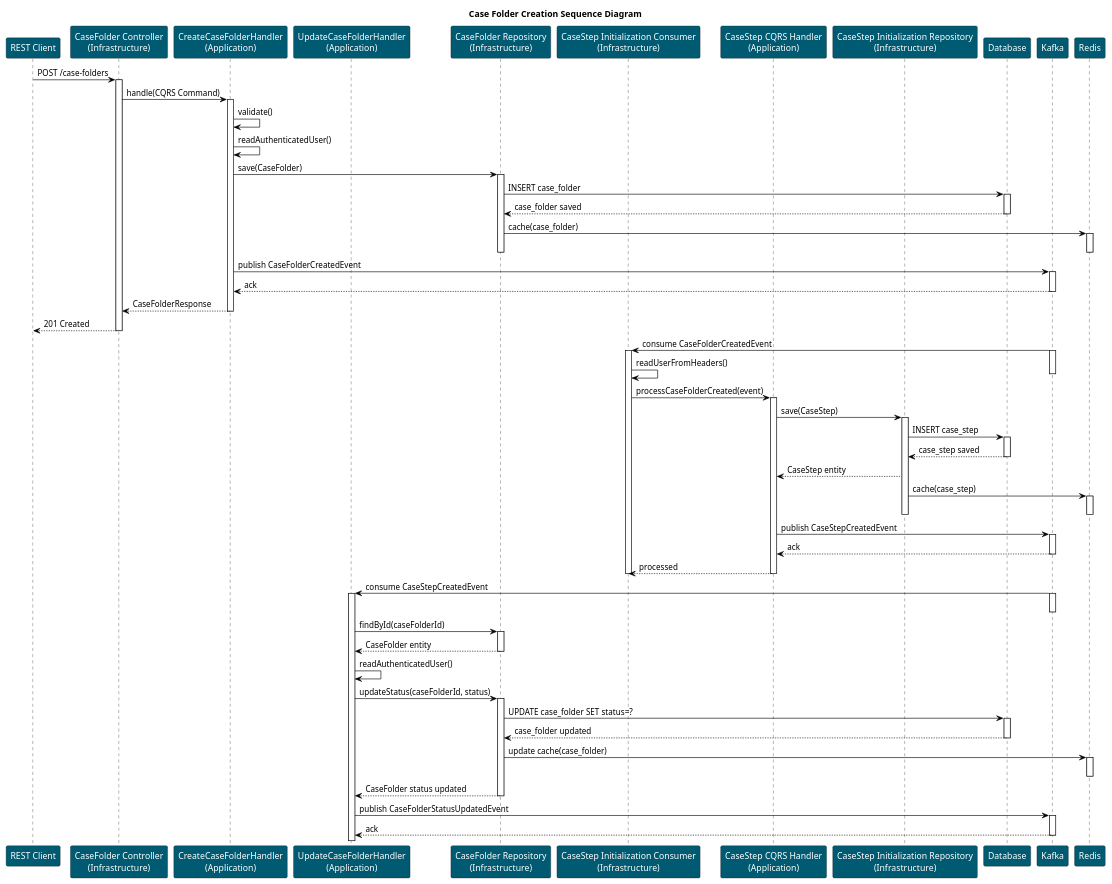
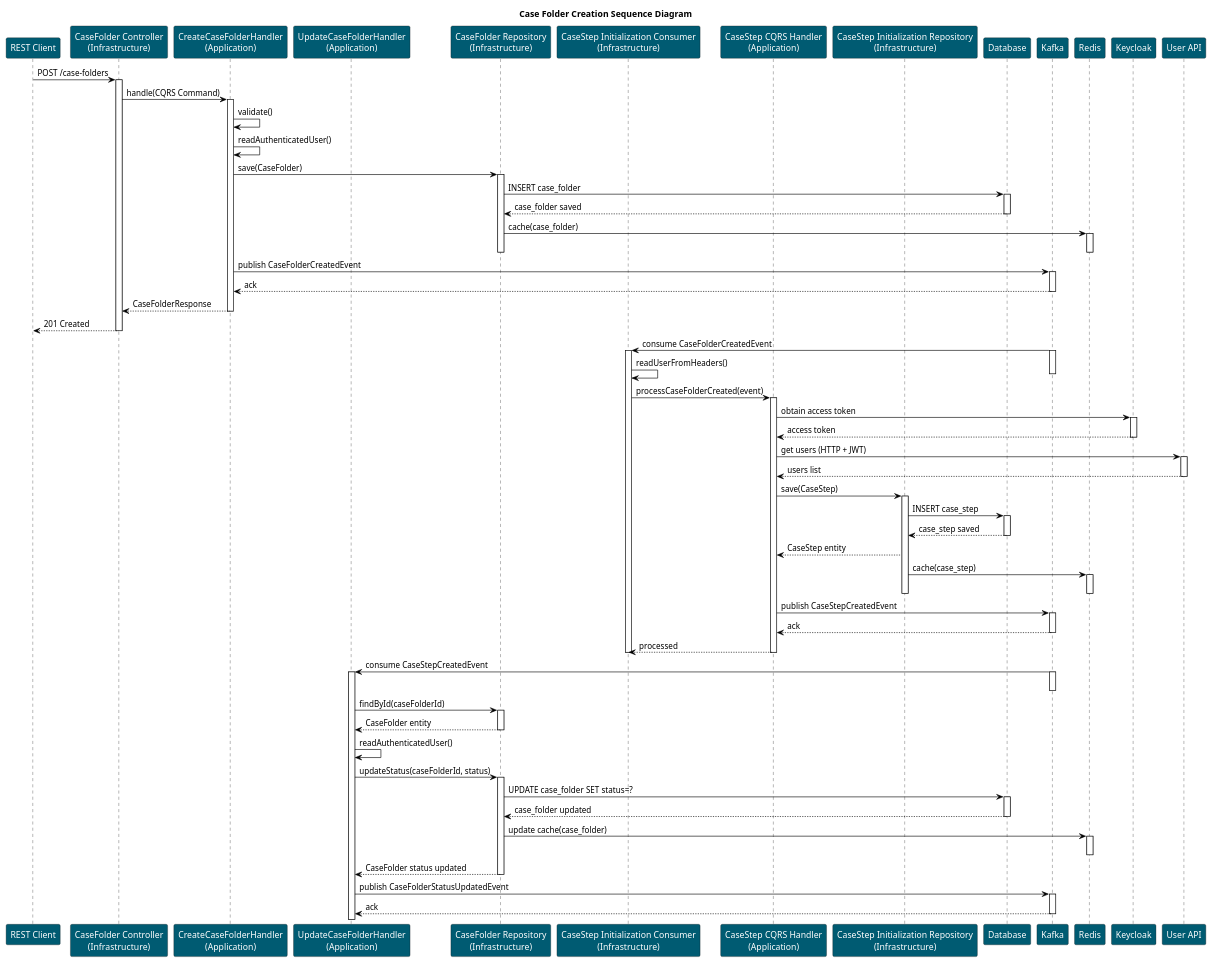
Before and after one commit to labcabrera/archetype-spring-cloud-stream-vertical-slice-contract-first: the diagram in diagrams/case-folder-creation-diagram.plantuml, drawn with PlantUML. The commit also changed 2 other files, not shown here.

```diff
--- a/diagrams/case-folder-creation-diagram.plantuml
+++ b/diagrams/case-folder-creation-diagram.plantuml
@@ -1,109 +1,120 @@
 @startuml Case Folder Creation Sequence Diagram
 title Case Folder Creation Sequence Diagram
 
 skinparam ParticipantBackgroundColor #005b72
 skinparam ParticipantFontColor #ffffff
 skinparam ArrowColor #000000
 
 participant "REST Client" as Client
 participant "CaseFolder Controller\n(Infrastructure)" as CaseFolderController
 participant "CreateCaseFolderHandler\n(Application)" as CreateCaseFolderHandler
 participant "UpdateCaseFolderHandler\n(Application)" as UpdateCaseFolderHandler
 participant "CaseFolder Repository\n(Infrastructure)" as CaseFolderRepository
 participant "CaseStep Initialization Consumer\n(Infrastructure)" as CaseStepConsumer
-participant "CaseStep CQRS Handler\n(Application)" as ConfService
+participant "CaseStep CQRS Handler\n(Application)" as CaseStepHandler
 participant "CaseStep Initialization Repository\n(Infrastructure)" as CaseStepRepository
 participant "Database" as DB
 participant "Kafka" as Kafka
 participant "Redis" as Redis
+participant "Keycloak" as Keycloak
+participant "User API" as UserAPI
 
 Client -> CaseFolderController: POST /case-folders
 activate CaseFolderController
 
 ' Case folder creation
 CaseFolderController -> CreateCaseFolderHandler: handle(CQRS Command)
 activate CreateCaseFolderHandler
 CreateCaseFolderHandler -> CreateCaseFolderHandler: validate()
 CreateCaseFolderHandler -> CreateCaseFolderHandler: readAuthenticatedUser()
 CreateCaseFolderHandler -> CaseFolderRepository: save(CaseFolder)
 activate CaseFolderRepository
 CaseFolderRepository -> DB: INSERT case_folder
 activate DB
 DB --> CaseFolderRepository: case_folder saved
 deactivate DB
 CaseFolderRepository -> Redis: cache(case_folder)
 activate Redis
 deactivate Redis
 
 ' CaseFolderRepository --> CaseFolderHandler: CaseFolder entity
 deactivate CaseFolderRepository
 
 CreateCaseFolderHandler -> Kafka: publish CaseFolderCreatedEvent
 activate Kafka
 Kafka --> CreateCaseFolderHandler: ack
 deactivate Kafka
 
 CreateCaseFolderHandler --> CaseFolderController: CaseFolderResponse
 deactivate CreateCaseFolderHandler
 CaseFolderController --> Client: 201 Created
 deactivate CaseFolderController
 
 ' Case step creation
 Kafka -> CaseStepConsumer: consume CaseFolderCreatedEvent
 activate Kafka
 activate CaseStepConsumer
 CaseStepConsumer -> CaseStepConsumer: readUserFromHeaders()
 deactivate Kafka
 
-CaseStepConsumer -> ConfService: processCaseFolderCreated(event)
-activate ConfService
+CaseStepConsumer -> CaseStepHandler: processCaseFolderCreated(event)
+activate CaseStepHandler
 
-ConfService -> CaseStepRepository: save(CaseStep)
+CaseStepHandler -> Keycloak: obtain access token
+activate Keycloak
+Keycloak --> CaseStepHandler: access token
+deactivate Keycloak
+CaseStepHandler -> UserAPI: get users (HTTP + JWT)
+activate UserAPI
+UserAPI --> CaseStepHandler: users list
+deactivate UserAPI
+
+CaseStepHandler -> CaseStepRepository: save(CaseStep)
 activate CaseStepRepository
 CaseStepRepository -> DB: INSERT case_step
 activate DB
 DB --> CaseStepRepository: case_step saved
 deactivate DB
-CaseStepRepository --> ConfService: CaseStep entity
+CaseStepRepository --> CaseStepHandler: CaseStep entity
 CaseStepRepository -> Redis: cache(case_step)
 activate Redis
 deactivate Redis
 deactivate CaseStepRepository
-ConfService -> Kafka: publish CaseStepCreatedEvent
+CaseStepHandler -> Kafka: publish CaseStepCreatedEvent
 activate Kafka
-Kafka --> ConfService: ack
+Kafka --> CaseStepHandler: ack
 deactivate Kafka
 
-ConfService --> CaseStepConsumer: processed
-deactivate ConfService
+CaseStepHandler --> CaseStepConsumer: processed
+deactivate CaseStepHandler
 deactivate CaseStepConsumer
 
 ' Update case folder status
 Kafka -> UpdateCaseFolderHandler: consume CaseStepCreatedEvent
 activate Kafka
 deactivate Kafka
 activate UpdateCaseFolderHandler
 UpdateCaseFolderHandler -> CaseFolderRepository: findById(caseFolderId)
 activate CaseFolderRepository
 CaseFolderRepository --> UpdateCaseFolderHandler: CaseFolder entity
 deactivate CaseFolderRepository
 UpdateCaseFolderHandler -> UpdateCaseFolderHandler: readAuthenticatedUser()
 
 UpdateCaseFolderHandler -> CaseFolderRepository: updateStatus(caseFolderId, status)
 activate CaseFolderRepository
 CaseFolderRepository -> DB: UPDATE case_folder SET status=?
 activate DB
 DB --> CaseFolderRepository: case_folder updated
 deactivate DB
 CaseFolderRepository -> Redis: update cache(case_folder)
 activate Redis
 deactivate Redis
 CaseFolderRepository --> UpdateCaseFolderHandler: CaseFolder status updated
 deactivate CaseFolderRepository
 
 UpdateCaseFolderHandler -> Kafka: publish CaseFolderStatusUpdatedEvent
 activate Kafka
 Kafka --> UpdateCaseFolderHandler: ack
 deactivate Kafka
 
 @enduml
```
